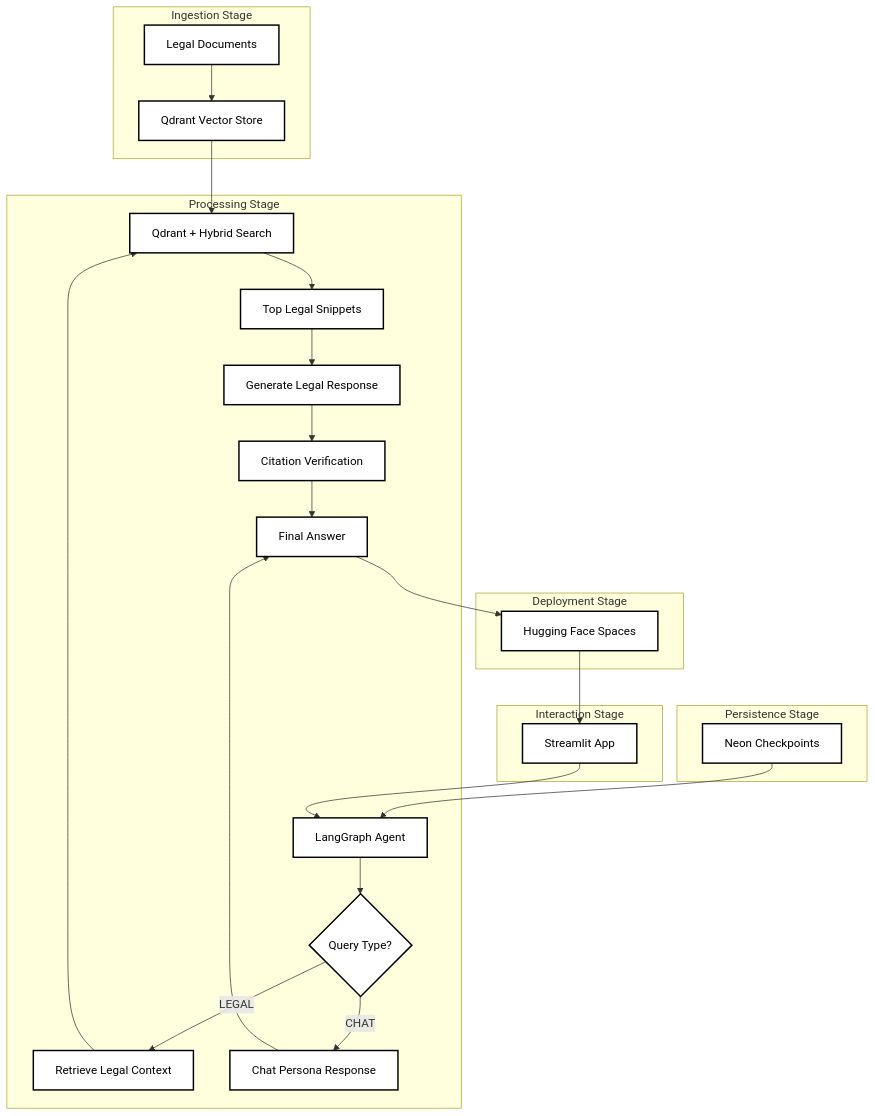
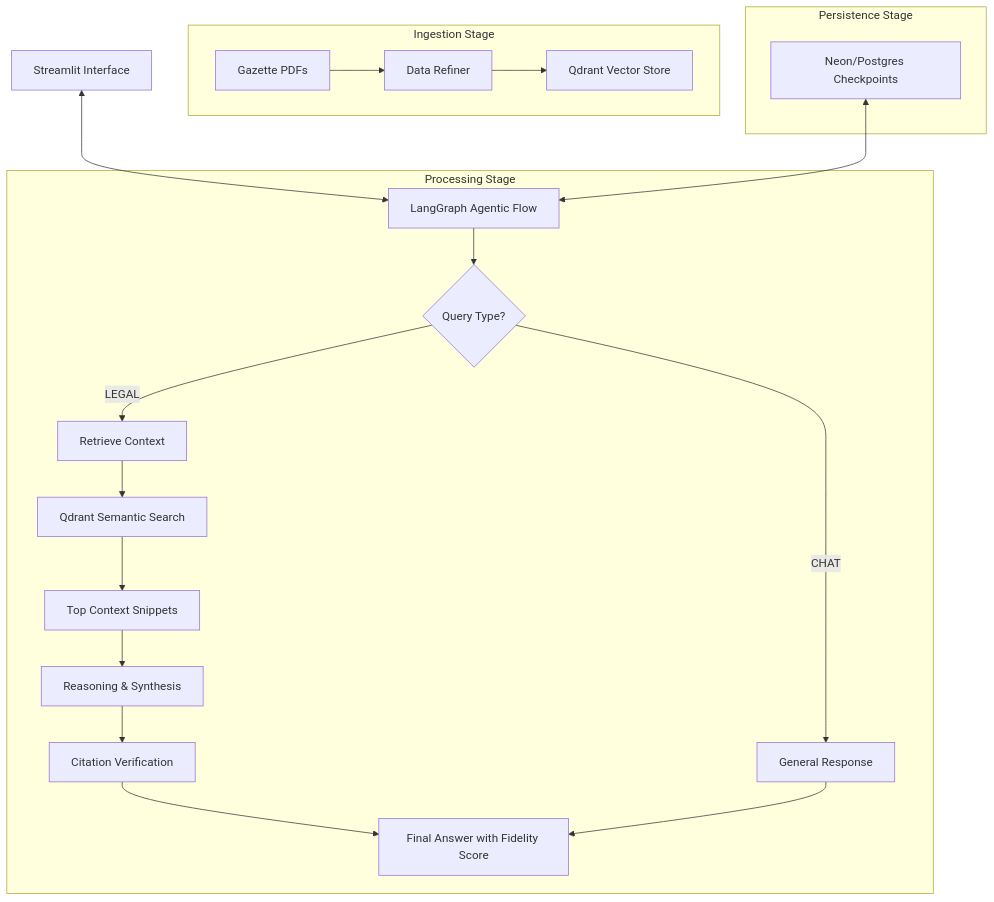
The diagram in README.md (tusharmishra288/LegisYukti), drawn with Mermaid before and after one commit. The commit also changed other lines of this file and 11 other files, not shown here.

````diff
--- a/README.md
+++ b/README.md
@@ -53,41 +77,28 @@
 ```mermaid
 flowchart TB
     subgraph "Ingestion Stage"
-        X[Legal Documents] --> Y[Qdrant Vector Store]
+        X[Gazette PDFs] --> Refiner[Data Refiner]
+        Refiner --> Y[Qdrant Vector Store]
     end
 
     subgraph "Persistence Stage"
-        M[Neon Checkpoints]
-    end
-
-    subgraph "Interaction Stage"
-        Z[Streamlit App]
+        M[Neon/Postgres Checkpoints]
     end
 
     subgraph "Processing Stage"
-        C[LangGraph Agent] --> D{Query Type?}
-        D -->|"LEGAL"| E[Retrieve Legal Context]
-        D -->|"CHAT"| F[Chat Persona Response]
+        C[LangGraph Agentic Flow] --> D{Query Type?}
+        D -->|"LEGAL"| E[Retrieve Context]
+        D -->|"CHAT"| F[General Response]
 
-        E --> G[Qdrant + Hybrid Search]
-        G --> H[Top Legal Snippets]
-        H --> I[Generate Legal Response]
+        E --> G[Qdrant Semantic Search]
+        G --> H[Top Context Snippets]
+        H --> I[Reasoning & Synthesis]
         I --> J[Citation Verification]
-        J --> K[Final Answer]
+        J --> K[Final Answer with Fidelity Score]
 
         F --> K
     end
 
-    subgraph "Deployment Stage"
-        L[Hugging Face Spaces]
-    end
-
-    Y --> G
-    M --> C
-    Z --> C
-    K --> L
-    L --> Z
-
-    classDef box fill:#ffffff,stroke:#000000,stroke-width:2px,color:#000000;
-    class X,Y,Z,C,D,E,F,G,H,I,J,K,L,M box;
+    Z[Streamlit Interface] <--> C
+    M <--> C
 ```
````
